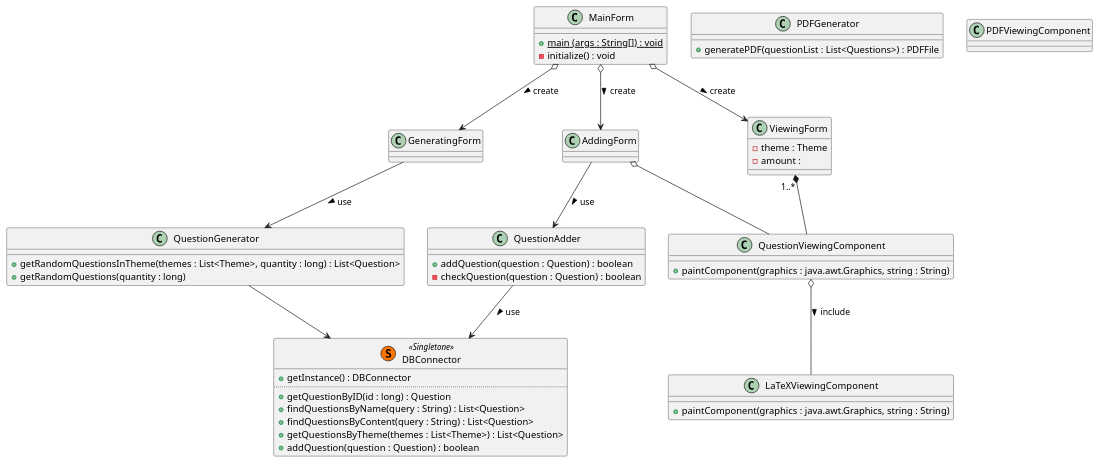
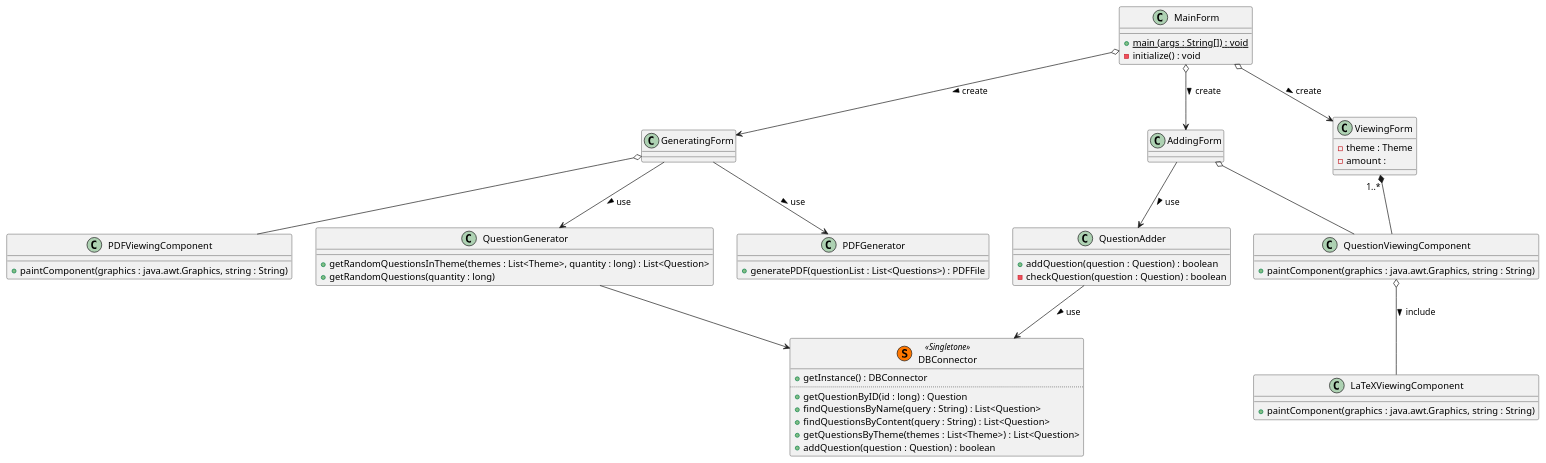
Before and after one commit to earring/testgenerator: the diagram in diags/wholeClassDiagram.puml, drawn with PlantUML.

Commit message:
добавлены классы генерации тестов

```diff
--- a/diags/wholeClassDiagram.puml
+++ b/diags/wholeClassDiagram.puml
@@ -2,70 +2,72 @@
 @startuml
 class DBConnector <<(S,#FF7700) Singletone>> {
     +getInstance() : DBConnector
     ..
     +getQuestionByID(id : long) : Question
     +findQuestionsByName(query : String) : List<Question>
     +findQuestionsByContent(query : String) : List<Question>
     +getQuestionsByTheme(themes : List<Theme>) : List<Question>
     +addQuestion(question : Question) : boolean
 }
 
 class QuestionGenerator {
     +getRandomQuestionsInTheme(themes : List<Theme>, quantity : long) : List<Question>
     +getRandomQuestions(quantity : long)
 }
 
 class MainForm {
     +main {static} (args : String[]) : void
     -initialize() : void
 }
 
 class AddingForm {
 
 }
 
 class ViewingForm {
     -theme : Theme
     -amount :
 }
 
 class GeneratingForm {
 
 }
 
 class QuestionAdder {
     +addQuestion(question : Question) : boolean
     -checkQuestion(question : Question) : boolean
 }
 
 class LaTeXViewingComponent {
     +paintComponent(graphics : java.awt.Graphics, string : String)
 }
 
 class QuestionViewingComponent {
     +paintComponent(graphics : java.awt.Graphics, string : String)
 }
 
 class PDFGenerator {
     +generatePDF(questionList : List<Questions>) : PDFFile
 }
 
 class PDFViewingComponent {
-
+    +paintComponent(graphics : java.awt.Graphics, string : String)
 }
 
 QuestionGenerator --> DBConnector
 
 MainForm  o--> AddingForm : create >
 AddingForm --> QuestionAdder : use >
 QuestionAdder --> DBConnector : use >
 
 AddingForm o-- QuestionViewingComponent
 QuestionViewingComponent o-- LaTeXViewingComponent : include >
 
 MainForm o--> ViewingForm : create >
 ViewingForm "1..*" *-- QuestionViewingComponent
 
 MainForm o--> GeneratingForm : create >
 GeneratingForm --> QuestionGenerator : use >
+GeneratingForm --> PDFGenerator : use >
+GeneratingForm o-- PDFViewingComponent
 @enduml
```
